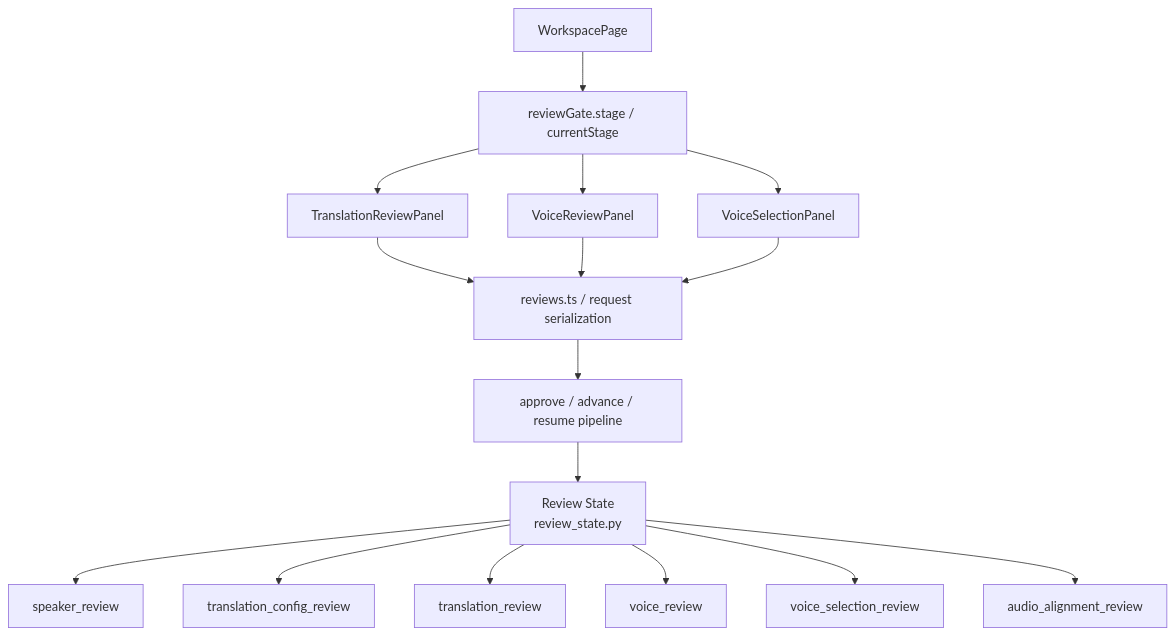
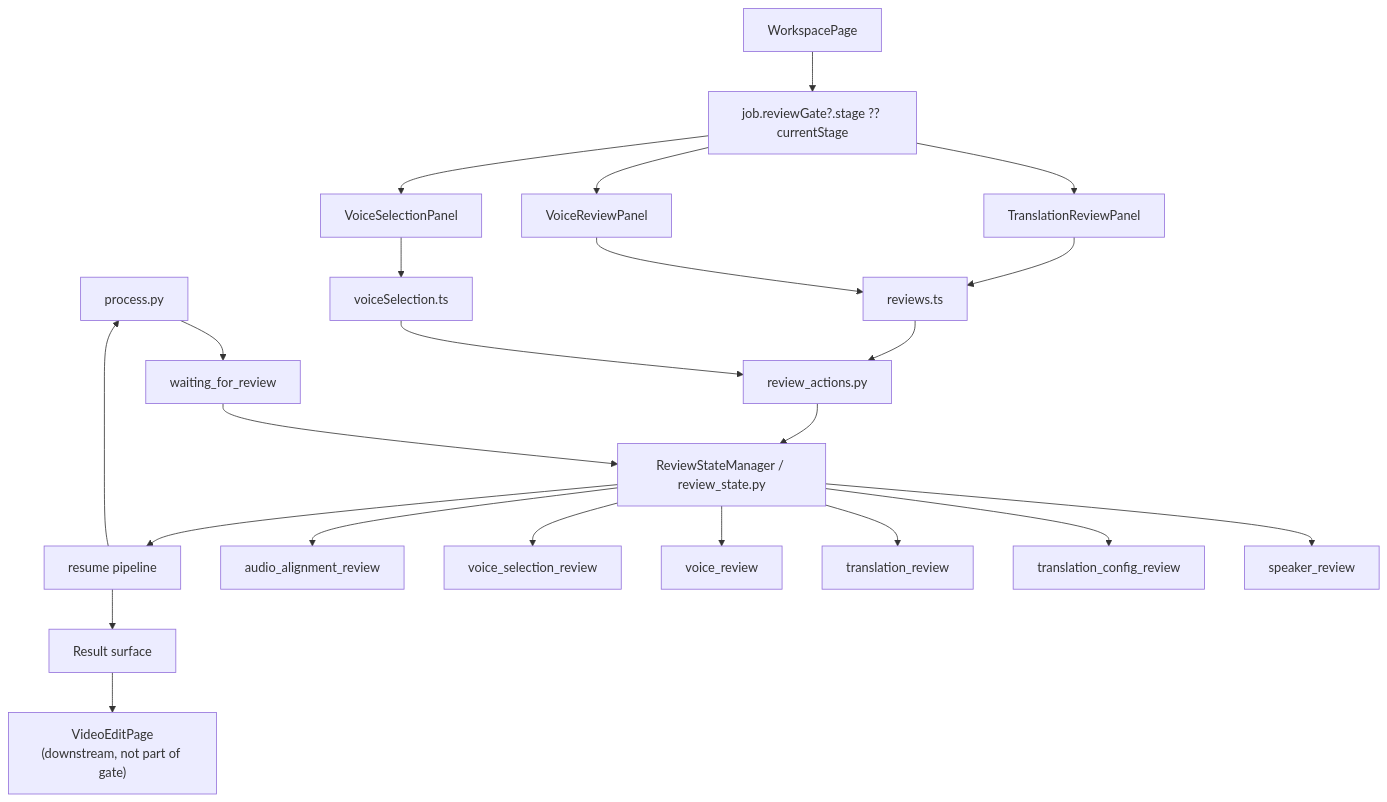
One commit to sun9bear/AITransVideo changed the diagram in docs/graphs/GITNEXUS_REVIEW_GRAPH.md. Above: the diagram before and after it, drawn with Mermaid. The commit also changed other lines of this file and 208 other files, not shown here.

````diff
--- a/docs/graphs/GITNEXUS_REVIEW_GRAPH.md
+++ b/docs/graphs/GITNEXUS_REVIEW_GRAPH.md
@@ -16,20 +17,30 @@
 ```mermaid
 graph TD
-    ReviewState["Review State<br/>review_state.py"] --> Speaker["speaker_review"]
+    Pipeline["process.py"] --> Pending["waiting_for_review"]
+    Pending --> ReviewState["ReviewStateManager / review_state.py"]
+
+    ReviewState --> Speaker["speaker_review"]
     ReviewState --> Config["translation_config_review"]
     ReviewState --> Translation["translation_review"]
     ReviewState --> Voice["voice_review"]
     ReviewState --> VoiceSelect["voice_selection_review"]
     ReviewState --> AudioAlign["audio_alignment_review"]
 
-    Workspace["WorkspacePage"] --> Gate["reviewGate.stage / currentStage"]
+    Workspace["WorkspacePage"] --> Gate["job.reviewGate?.stage ?? currentStage"]
     Gate --> TranslationPanel["TranslationReviewPanel"]
     Gate --> VoicePanel["VoiceReviewPanel"]
     Gate --> VoiceSelectPanel["VoiceSelectionPanel"]
 
-    TranslationPanel --> ReviewAPI["reviews.ts / request serialization"]
+    TranslationPanel --> ReviewAPI["reviews.ts"]
     VoicePanel --> ReviewAPI
-    VoiceSelectPanel --> ReviewAPI
-    ReviewAPI --> Resume["approve / advance / resume pipeline"]
-    Resume --> ReviewState
+    VoiceSelectPanel --> VoiceAPI["voiceSelection.ts"]
+
+    ReviewAPI --> ReviewActions["review_actions.py"]
+    VoiceAPI --> ReviewActions
+    ReviewActions --> ReviewState
+    ReviewState --> Resume["resume pipeline"]
+    Resume --> Pipeline
+
+    Resume --> Result["Result surface"]
+    Result --> Edit["VideoEditPage<br/>(downstream, not part of gate)"]
 ```
````
